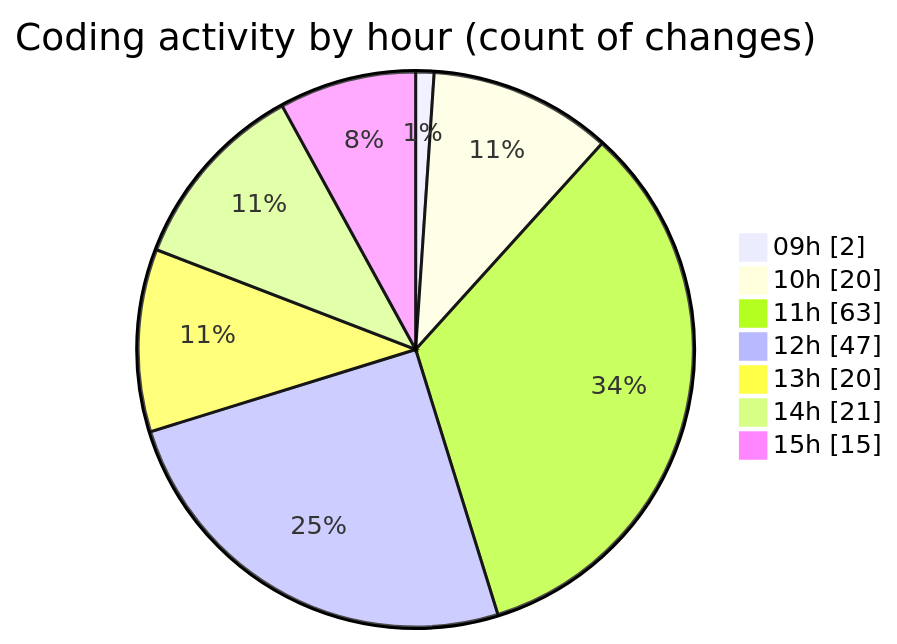
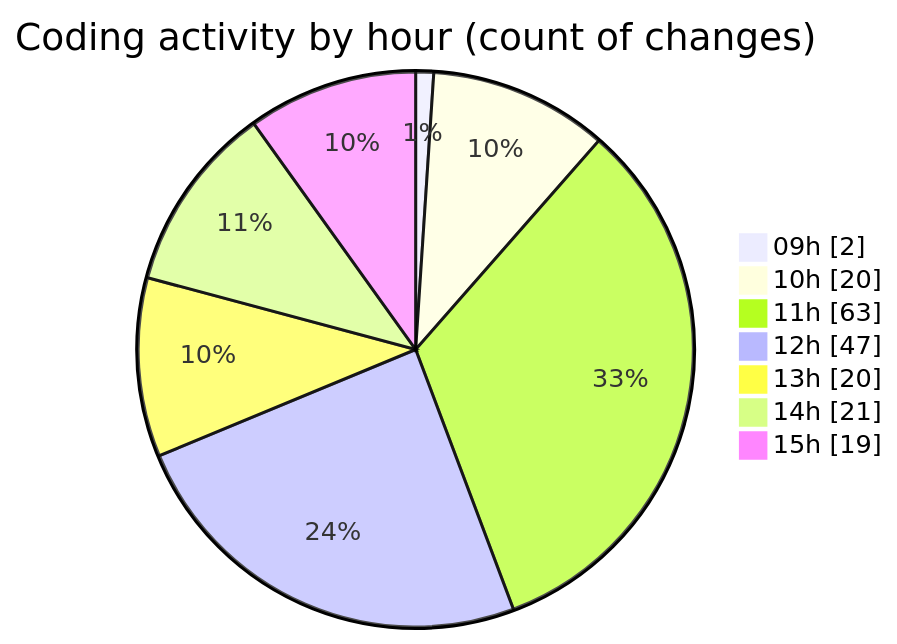
The second of 2 diagrams in 2025-04-08/cda/README.md (momahboobian/code-tracking), drawn with Mermaid before and after one commit. The commit also changed other lines of this file and 1 other file, not shown here.

````diff
--- a/2025-04-08/cda/README.md
+++ b/2025-04-08/cda/README.md
@@ -40,11 +41,11 @@
 ```mermaid
 pie showData
 title Coding activity by hour (count of changes)
 "09h" : 2
 "10h" : 20
 "11h" : 63
 "12h" : 47
 "13h" : 20
 "14h" : 21
-"15h" : 15
+"15h" : 19
 ```
````
